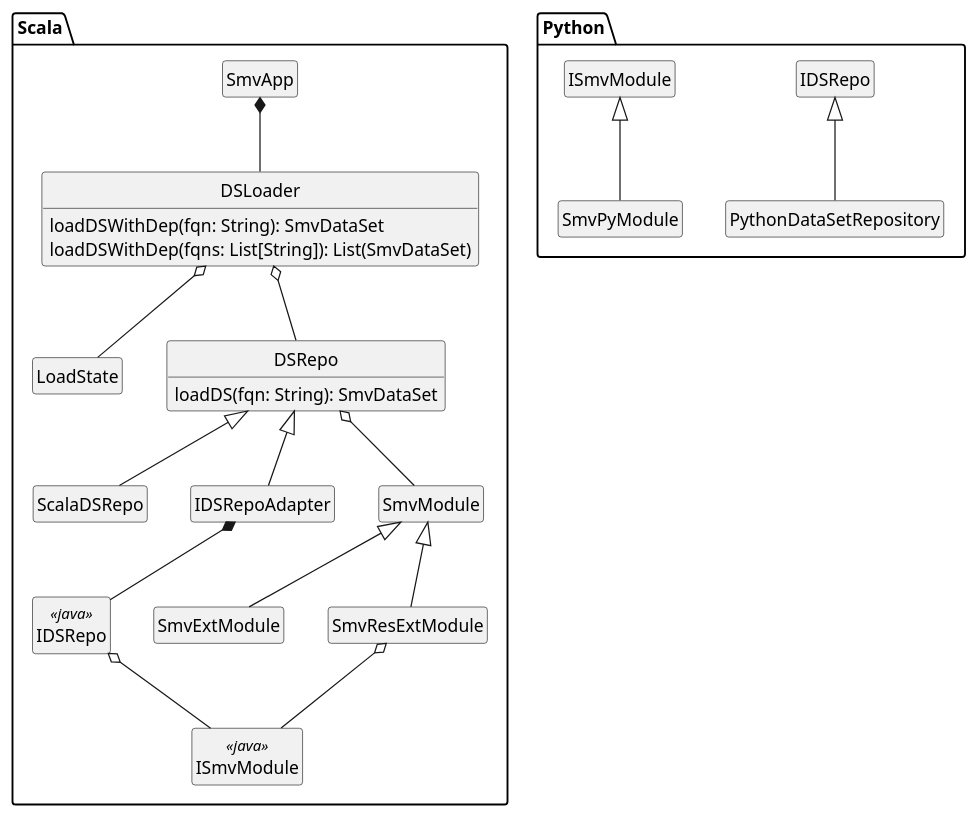
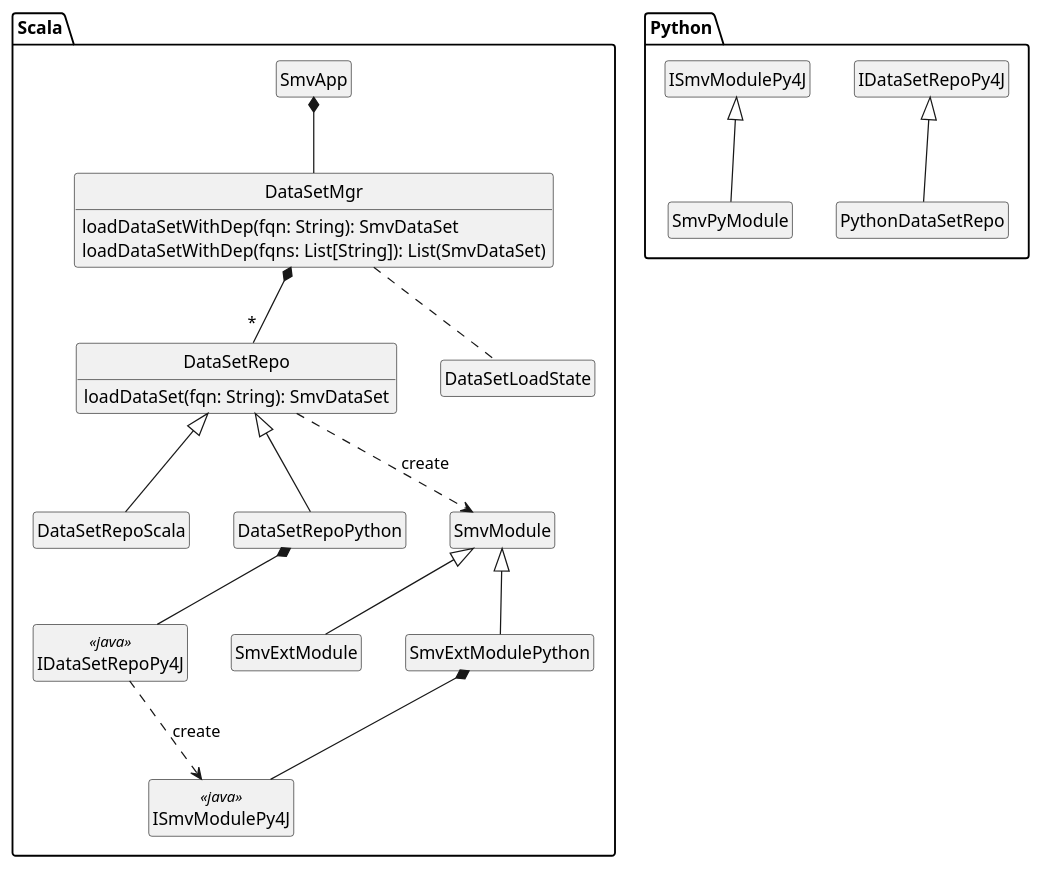
Before and after one commit to TresAmigosSD/SMV: the diagram in docs/design/DSLoader/DSLoader_class.puml, drawn with PlantUML.

Commit message:
updated names in DS repo manager class diagram

```diff
--- a/docs/design/DSLoader/DSLoader_class.puml
+++ b/docs/design/DSLoader/DSLoader_class.puml
@@ -1,39 +1,38 @@
 @startuml
 
 hide empty methods
 hide empty fields
 hide circle
 
 package Scala {
   class SmvApp
-  class DSLoader {
-    loadDSWithDep(fqn: String): SmvDataSet
-    loadDSWithDep(fqns: List[String]): List(SmvDataSet)
+  class DataSetMgr {
+    loadDataSetWithDep(fqn: String): SmvDataSet
+    loadDataSetWithDep(fqns: List[String]): List(SmvDataSet)
   }
-  class LoadState
-  class DSRepo {
-    loadDS(fqn: String): SmvDataSet
+  class DataSetRepo {
+    loadDataSet(fqn: String): SmvDataSet
   }
-  class ScalaDSRepo extends DSRepo
-  class IDSRepoAdapter extends DSRepo
-  class IDSRepo <<java>>
+  class DataSetRepoScala extends DataSetRepo
+  class DataSetRepoPython extends DataSetRepo
+  class IDataSetRepoPy4J <<java>>
   class SmvModule
   class SmvExtModule extends SmvModule
-  class SmvResExtModule extends SmvModule
-  class ISmvModule <<java>>
+  class SmvExtModulePython extends SmvModule
+  class ISmvModulePy4J <<java>>
 
-  SmvApp *-- DSLoader
-  DSLoader o-- LoadState
-  DSLoader o-- DSRepo
-  DSRepo o-- SmvModule
-  SmvResExtModule o-- ISmvModule
-  IDSRepoAdapter *-- IDSRepo
-  IDSRepo o-- ISmvModule
+  SmvApp *-- DataSetMgr
+  DataSetMgr .. DataSetLoadState
+  DataSetMgr *-- "*" DataSetRepo
+  DataSetRepo ..> SmvModule : "create"
+  SmvExtModulePython *-- ISmvModulePy4J
+  DataSetRepoPython *-- IDataSetRepoPy4J
+  IDataSetRepoPy4J ..> ISmvModulePy4J : "create"
 }
 
 package Python {
-  class PythonDataSetRepository extends IDSRepo
-  class SmvPyModule extends ISmvModule
+  class PythonDataSetRepo extends IDataSetRepoPy4J
+  class SmvPyModule extends ISmvModulePy4J
 }
 
 @enduml
```
